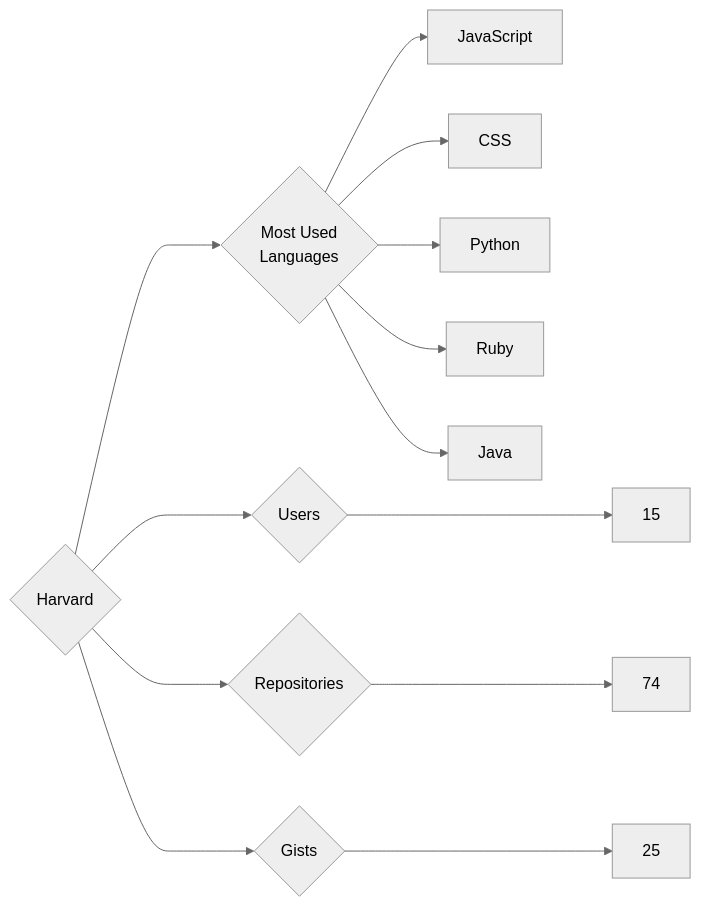
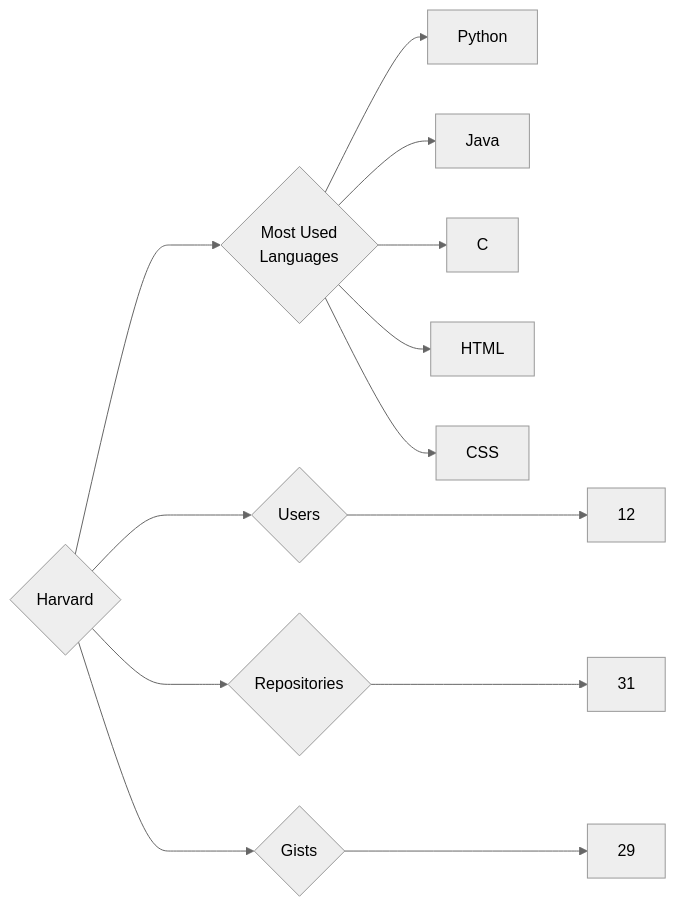
Before and after one commit to trickest/insiders: the diagram in targets/Harvard/README.md, drawn with Mermaid (neutral theme). The commit also changed 870 other files, not shown here.

````diff
--- a/targets/Harvard/README.md
+++ b/targets/Harvard/README.md
@@ -3,13 +3,13 @@
 ```mermaid
 graph LR
 COMPANY_NAME{Harvard}
-COMPANY_NAME ---> U{Users} ---> UN[15]
-COMPANY_NAME ---> R{Repositories} ---> RN[74]
-COMPANY_NAME ---> G{Gists} ---> GN[25]
+COMPANY_NAME ---> U{Users} ---> UN[12]
+COMPANY_NAME ---> R{Repositories} ---> RN[31]
+COMPANY_NAME ---> G{Gists} ---> GN[29]
 COMPANY_NAME ---> ML{Most Used<br>Languages}
-ML --> JavaScript[JavaScript]
+ML --> Python[Python]
+ML --> Java[Java]
+ML --> C[C]
+ML --> HTML[HTML]
 ML --> CSS[CSS]
-ML --> Python[Python]
-ML --> Ruby[Ruby]
-ML --> Java[Java]
 ```
````
